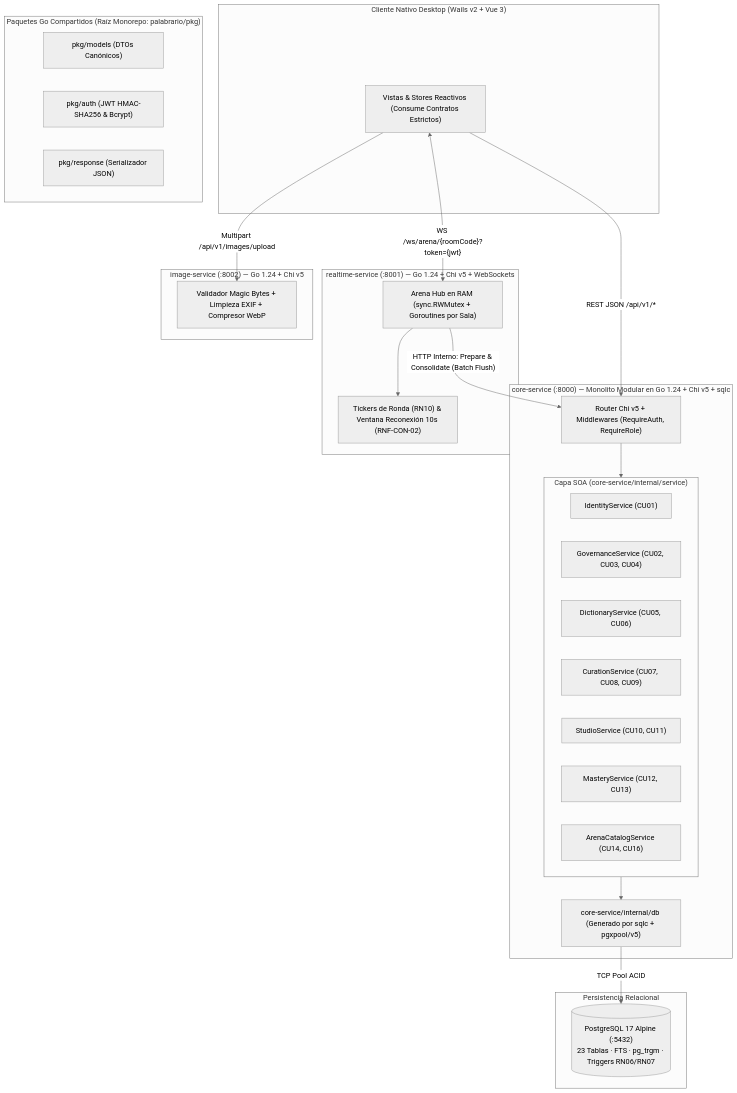
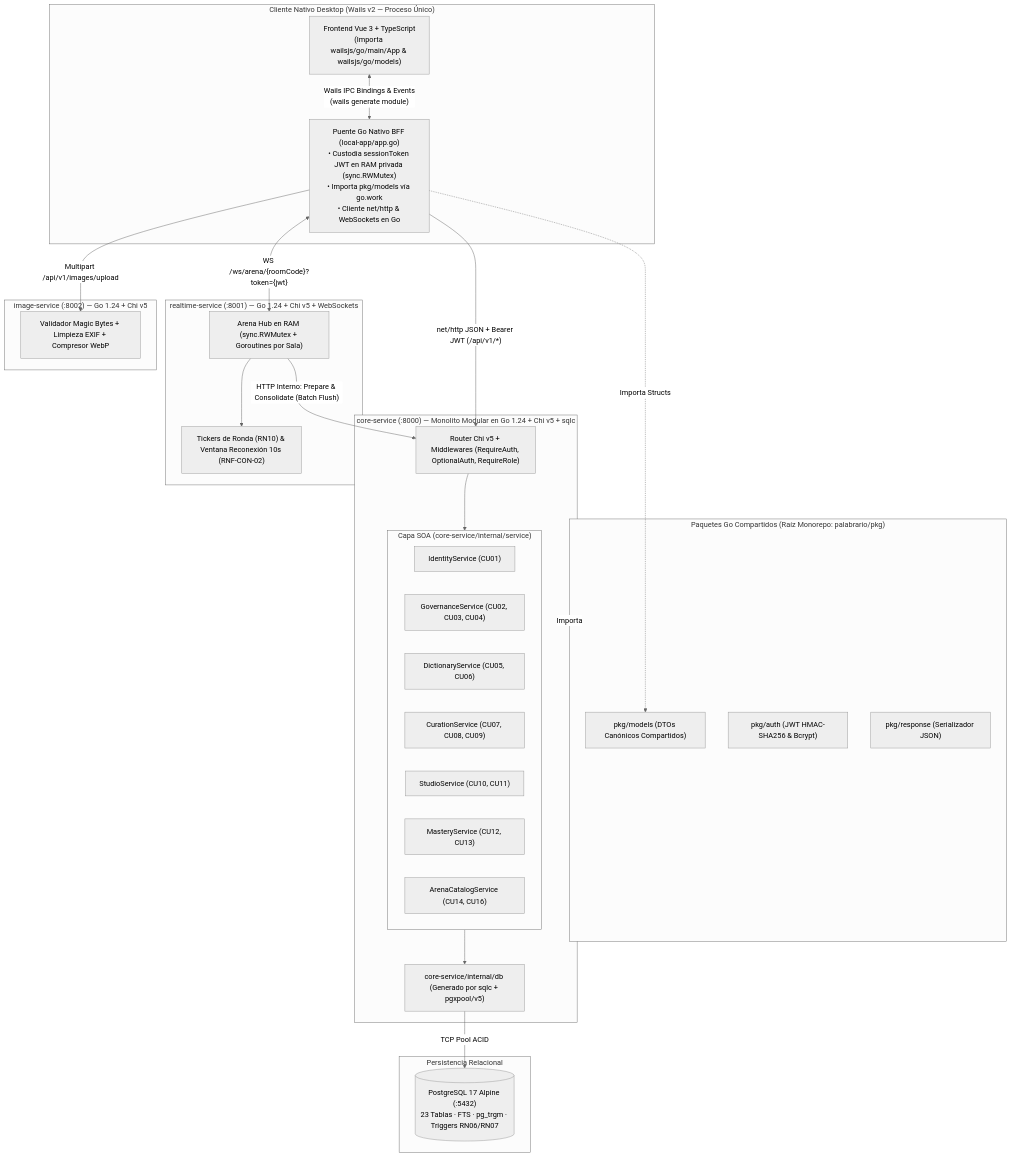
The diagram in .context/INTERFACES.md (OGShawnLee/palabrario), drawn with Mermaid (neutral theme) before and after one commit. The commit also changed other lines of this file and 5 other files, not shown here.

First line of the commit message:
docs: clarify Wails native Go IPC bridge and TypeScript codegen architecture

````diff
--- a/.context/INTERFACES.md
+++ b/.context/INTERFACES.md
@@ -29,48 +35,52 @@
 ```mermaid
 flowchart TB
-    subgraph Client["Cliente Nativo Desktop (Wails v2 + Vue 3)"]
-        UI["Vistas & Stores Reactivos (Consume Contratos Estrictos)"]
+    subgraph Client["Cliente Nativo Desktop (Wails v2 — Proceso Único)"]
+        UI["Frontend Vue 3 + TypeScript\n(Importa wailsjs/go/main/App & wailsjs/go/models)"]
+        WailsBFF["Puente Go Nativo BFF (local-app/app.go)\n• Custodia sessionToken JWT en RAM privada (sync.RWMutex)\n• Importa pkg/models vía go.work\n• Cliente net/http & WebSockets en Go"]
+        UI <-->|"Wails IPC Bindings & Events\n(wails generate module)"| WailsBFF
     end
 
     subgraph SharedPkg["Paquetes Go Compartidos (Raíz Monorepo: palabrario/pkg)"]
-        PkgModels["pkg/models (DTOs Canónicos)"]
+        PkgModels["pkg/models (DTOs Canónicos Compartidos)"]
         PkgAuth["pkg/auth (JWT HMAC-SHA256 & Bcrypt)"]
         PkgResp["pkg/response (Serializador JSON)"]
     end
 
     subgraph CoreService["core-service (:8000) — Monolito Modular en Go 1.24 + Chi v5 + sqlc"]
-        Router["Router Chi v5 + Middlewares (RequireAuth, RequireRole)"]
+        Router["Router Chi v5 + Middlewares (RequireAuth, OptionalAuth, RequireRole)"]
         subgraph SOALayer["Capa SOA (core-service/internal/service)"]
             S1["IdentityService (CU01)"]
             S2["GovernanceService (CU02, CU03, CU04)"]
             S3["DictionaryService (CU05, CU06)"]
             S4["CurationService (CU07, CU08, CU09)"]
             S5["StudioService (CU10, CU11)"]
             S6["MasteryService (CU12, CU13)"]
             S7["ArenaCatalogService (CU14, CU16)"]
         end
         DBLayer["core-service/internal/db (Generado por sqlc + pgxpool/v5)"]
         Router --> SOALayer --> DBLayer
     end
 
     subgraph RealtimeService["realtime-service (:8001) — Go 1.24 + Chi v5 + WebSockets"]
         WSHub["Arena Hub en RAM (sync.RWMutex + Goroutines por Sala)"]
         WSTimer["Tickers de Ronda (RN10) & Ventana Reconexión 10s (RNF-CON-02)"]
         WSHub --> WSTimer
     end
 
     subgraph ImageService["image-service (:8002) — Go 1.24 + Chi v5"]
         ImgProc["Validador Magic Bytes + Limpieza EXIF + Compresor WebP"]
     end
 
     subgraph Database["Persistencia Relacional"]
         PG[("PostgreSQL 17 Alpine (:5432)\n23 Tablas · FTS · pg_trgm · Triggers RN06/RN07")]
     end
 
-    UI -->|"REST JSON /api/v1/*"| Router
-    UI <-->|"WS /ws/arena/{roomCode}?token={jwt}"| WSHub
-    UI -->|"Multipart /api/v1/images/upload"| ImgProc
+    WailsBFF -.->|"Importa Structs"| PkgModels
+    CoreService -.->|"Importa"| SharedPkg
+    WailsBFF -->|"net/http JSON + Bearer JWT (/api/v1/*)"| Router
+    WailsBFF <-->|"WS /ws/arena/{roomCode}?token={jwt}"| WSHub
+    WailsBFF -->|"Multipart /api/v1/images/upload"| ImgProc
 
     DBLayer -->|"TCP Pool ACID"| PG
     WSHub -->|"HTTP Interno: Prepare & Consolidate (Batch Flush)"| Router
 ```
````
